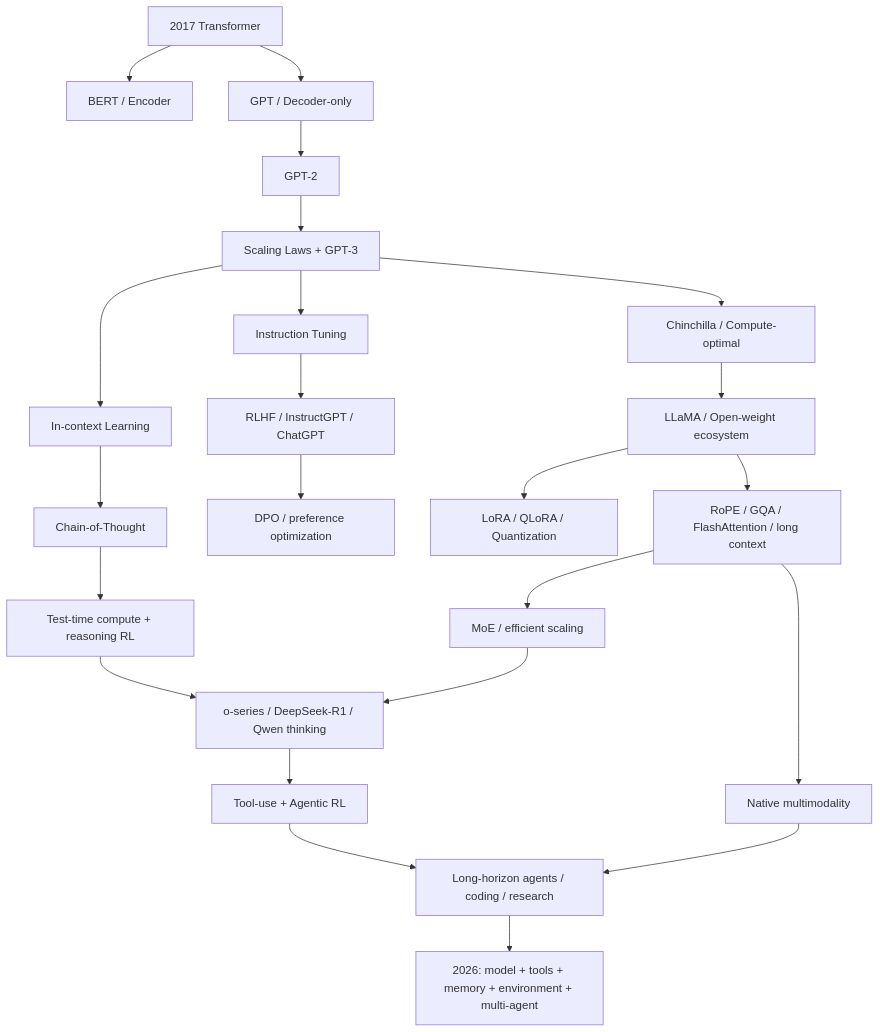
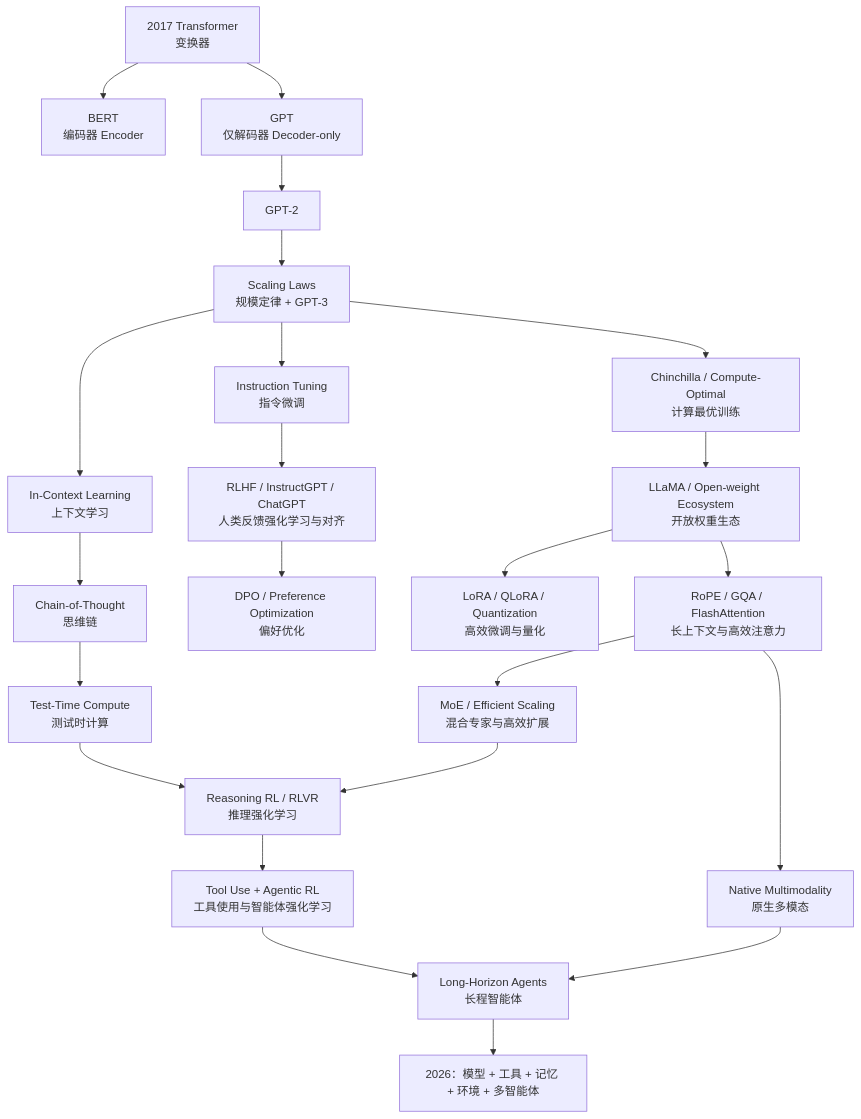
One commit to Yukun-Zheng/LLM-development changed the diagram in README.md. Above: the diagram before and after it, drawn with Mermaid. The commit also changed other lines of this file, not shown here.

````diff
--- a/README.md
+++ b/README.md
@@ -49,25 +67,25 @@
 ```mermaid
 flowchart TD
-    A[2017 Transformer] --> B1[BERT / Encoder]
-    A --> B2[GPT / Decoder-only]
+    A[2017 Transformer<br/>变换器] --> B1[BERT<br/>编码器 Encoder]
+    A --> B2[GPT<br/>仅解码器 Decoder-only]
     B2 --> C[GPT-2]
-    C --> D[Scaling Laws + GPT-3]
-    D --> E[In-context Learning]
-    D --> F[Instruction Tuning]
-    F --> G[RLHF / InstructGPT / ChatGPT]
-    D --> H[Chinchilla / Compute-optimal]
-    H --> I[LLaMA / Open-weight ecosystem]
-    I --> J[LoRA / QLoRA / Quantization]
-    I --> K[RoPE / GQA / FlashAttention / long context]
-    K --> L[MoE / efficient scaling]
-    G --> M[DPO / preference optimization]
-    E --> N[Chain-of-Thought]
-    N --> O[Test-time compute + reasoning RL]
-    O --> P[o-series / DeepSeek-R1 / Qwen thinking]
+    C --> D[Scaling Laws<br/>规模定律 + GPT-3]
+    D --> E[In-Context Learning<br/>上下文学习]
+    D --> F[Instruction Tuning<br/>指令微调]
+    F --> G[RLHF / InstructGPT / ChatGPT<br/>人类反馈强化学习与对齐]
+    D --> H[Chinchilla / Compute-Optimal<br/>计算最优训练]
+    H --> I[LLaMA / Open-weight Ecosystem<br/>开放权重生态]
+    I --> J[LoRA / QLoRA / Quantization<br/>高效微调与量化]
+    I --> K[RoPE / GQA / FlashAttention<br/>长上下文与高效注意力]
+    K --> L[MoE / Efficient Scaling<br/>混合专家与高效扩展]
+    G --> M[DPO / Preference Optimization<br/>偏好优化]
+    E --> N[Chain-of-Thought<br/>思维链]
+    N --> O[Test-Time Compute<br/>测试时计算]
+    O --> P[Reasoning RL / RLVR<br/>推理强化学习]
     L --> P
-    P --> Q[Tool-use + Agentic RL]
-    Q --> R[Long-horizon agents / coding / research]
-    K --> S[Native multimodality]
+    P --> Q[Tool Use + Agentic RL<br/>工具使用与智能体强化学习]
+    Q --> R[Long-Horizon Agents<br/>长程智能体]
+    K --> S[Native Multimodality<br/>原生多模态]
     S --> R
-    R --> T[2026: model + tools + memory + environment + multi-agent]
+    R --> T[2026：模型 + 工具 + 记忆 + 环境 + 多智能体]
 ```
````
